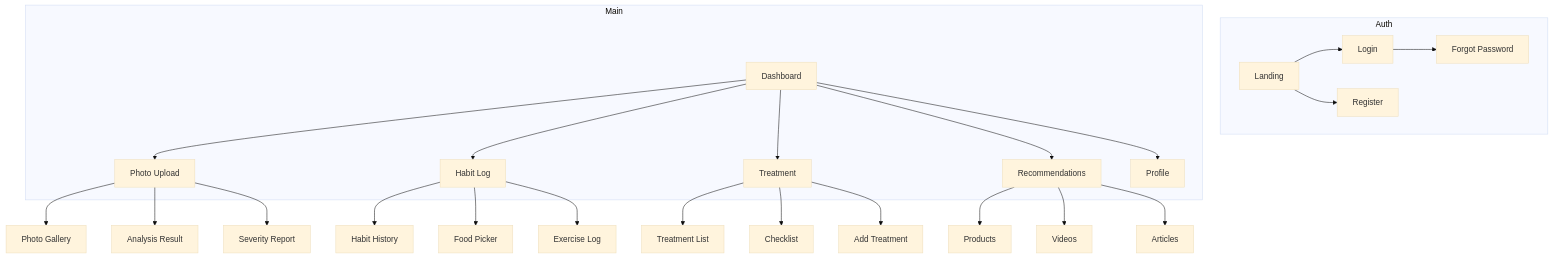
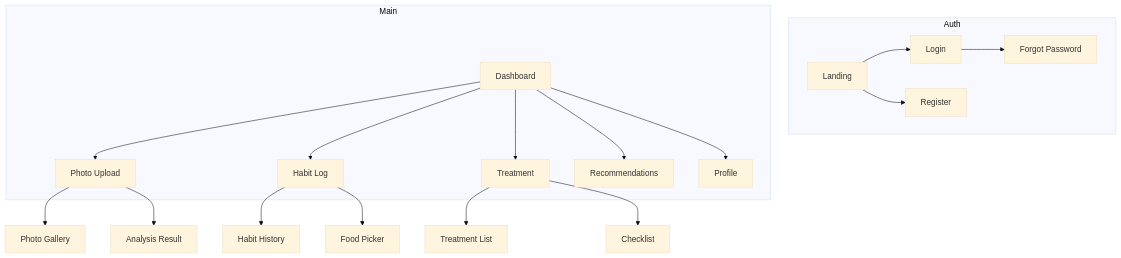
The eighth of 8 diagrams in Documentation/USER-FLOW.md (petrushandika/Scalp-Analytics), drawn with Mermaid (base theme) before and after one commit. The commit also changed other lines of this file, not shown here.

Commit message:
Refactor user flow documentation to streamline content and improve clarity. Removed outdated sections, updated wireframe representations, and enhanced form component details for user registration. Simplified input processes and adjusted flowchart for better readability.

````diff
--- a/Documentation/USER-FLOW.md
+++ b/Documentation/USER-FLOW.md
@@ -965,32 +654,25 @@
 ```mermaid
 graph TD
     subgraph Auth
         A[Landing] --> B[Login]
         A --> C[Register]
         B --> D[Forgot Password]
     end
     
     subgraph Main
         E[Dashboard] --> F[Photo Upload]
         E --> G[Habit Log]
         E --> H[Treatment]
         E --> I[Recommendations]
         E --> K[Profile]
     end
     
     F --> L[Photo Gallery]
     F --> M[Analysis Result]
-    F --> N[Severity Report]
     
-    G --> O[Habit History]
-    G --> P[Food Picker]
-    G --> Q[Exercise Log]
+    G --> N[Habit History]
+    G --> O[Food Picker]
     
-    H --> R[Treatment List]
-    H --> S[Checklist]
-    H --> T[Add Treatment]
-    
-    I --> U[Products]
-    I --> V[Videos]
-    I --> W[Articles]
+    H --> P[Treatment List]
+    H --> Q[Checklist]
 ```
````
